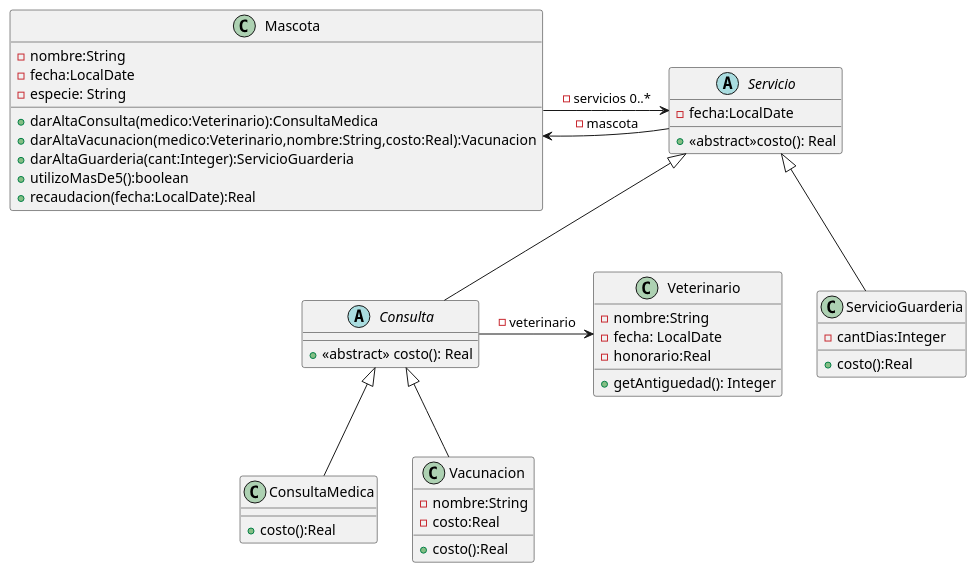
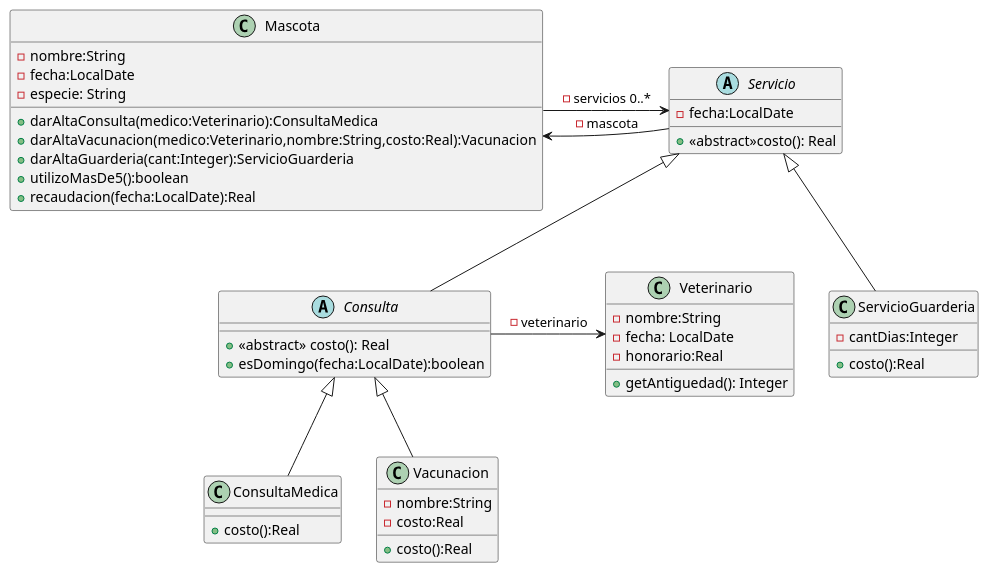
One commit to Francogrch/OO1-2024 changed the diagram in eclipse/OO1-2024/src/main/java/ar/edu/unlp/oo1/ejercicio25/ej25.puml. Above: the diagram before and after it, drawn with PlantUML. The commit also changed 12 other files, not shown here.

```diff
--- a/eclipse/OO1-2024/src/main/java/ar/edu/unlp/oo1/ejercicio25/ej25.puml
+++ b/eclipse/OO1-2024/src/main/java/ar/edu/unlp/oo1/ejercicio25/ej25.puml
@@ -1,46 +1,47 @@
 @startuml
 class Veterinario{
 -nombre:String
 -fecha: LocalDate
 -honorario:Real
 +getAntiguedad(): Integer
 }
 
 class Mascota{
 -nombre:String
 -fecha:LocalDate
 -especie: String
 +darAltaConsulta(medico:Veterinario):ConsultaMedica
 +darAltaVacunacion(medico:Veterinario,nombre:String,costo:Real):Vacunacion
 +darAltaGuarderia(cant:Integer):ServicioGuarderia
 +utilizoMasDe5():boolean
 +recaudacion(fecha:LocalDate):Real
 }
 Mascota -> Servicio : -servicios 0..*
 
 abstract Servicio{
 -fecha:LocalDate
 +<<abstract>>costo(): Real
 
 }
 Servicio -> Mascota : -mascota
 class ServicioGuarderia extends Servicio{
 -cantDias:Integer
 +costo():Real
 }
 
 
 abstract Consulta extends Servicio{
 +<<abstract>> costo(): Real
++esDomingo(fecha:LocalDate):boolean
 }
 Consulta -> Veterinario : -veterinario
 
 class ConsultaMedica extends Consulta{
 +costo():Real
 } 
 class Vacunacion extends Consulta{
 -nombre:String
 -costo:Real
 +costo():Real
 }
 @enduml
```
